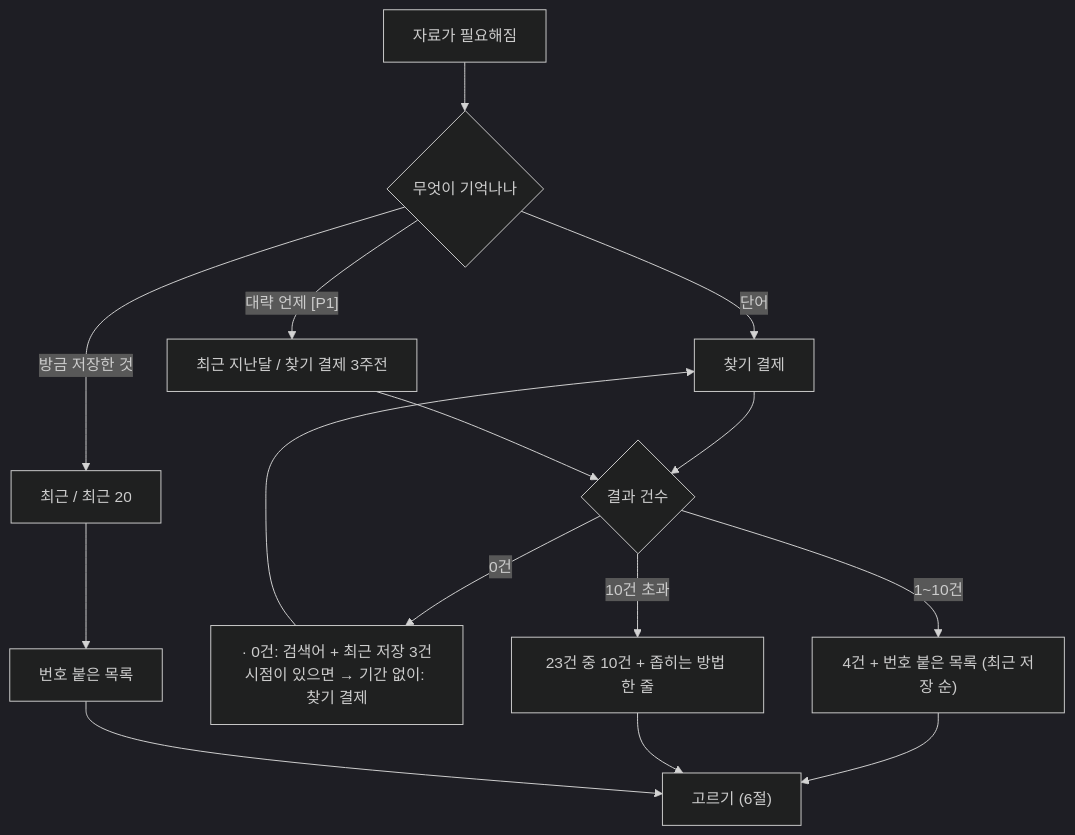
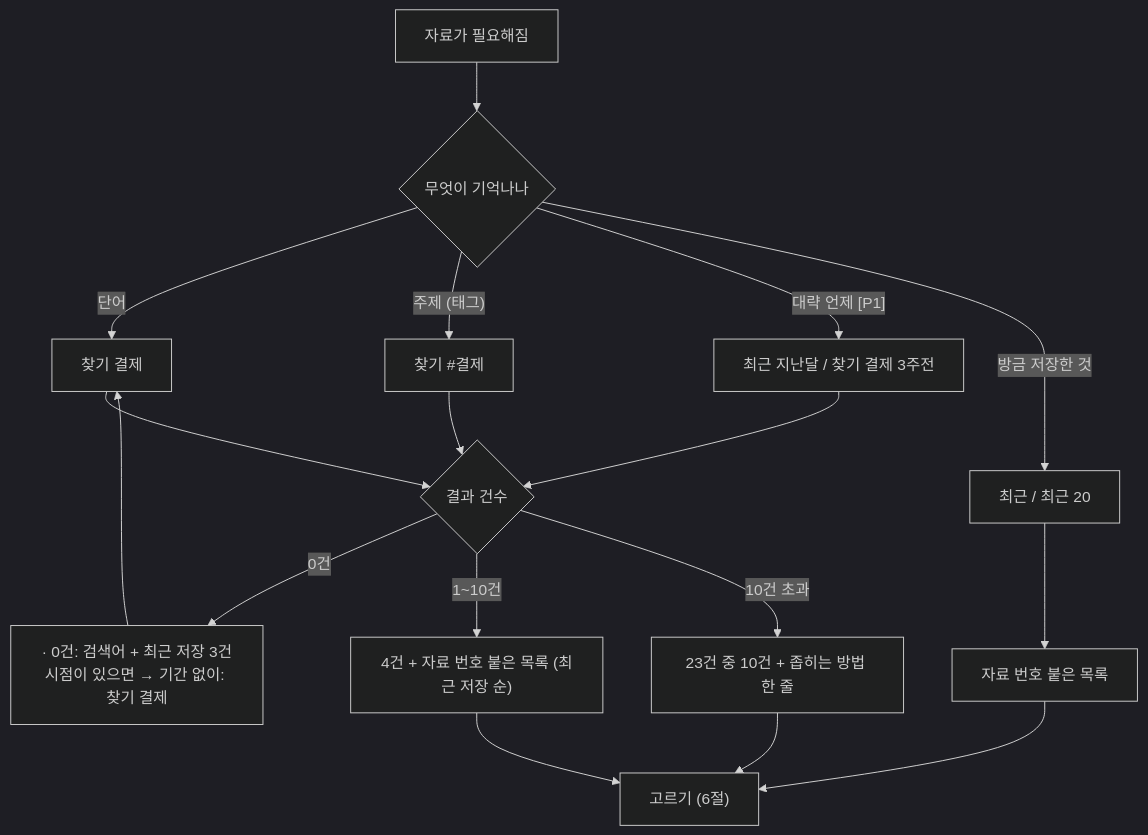
The fifth of 10 diagrams in docs/planning/user-flow.md (delightPIP/grep), drawn with Mermaid (dark theme) before and after one commit. The commit also changed other lines of this file and 4 other files, not shown here.

````diff
--- a/docs/planning/user-flow.md
+++ b/docs/planning/user-flow.md
@@ -134,17 +146,19 @@
 ```mermaid
 flowchart TD
     A["자료가 필요해짐"] --> B{"무엇이 기억나나"}
     B -- "단어" --> C["찾기 결제"]
+    B -- "주제 (태그)" --> T["찾기 #결제"]
+    T --> F
     B -- "대략 언제 [P1]" --> D["최근 지난달 / 찾기 결제 3주전"]
     B -- "방금 저장한 것" --> E["최근 / 최근 20"]
     C --> F{"결과 건수"}
     D --> F
-    E --> G["번호 붙은 목록"]
+    E --> G["자료 번호 붙은 목록"]
     F -- "0건" --> H["· 0건: 검색어 + 최근 저장 3건<br/>시점이 있으면 → 기간 없이: 찾기 결제"]
-    F -- "1~10건" --> I["4건 + 번호 붙은 목록 (최근 저장 순)"]
+    F -- "1~10건" --> I["4건 + 자료 번호 붙은 목록 (최근 저장 순)"]
     F -- "10건 초과" --> J["23건 중 10건 + 좁히는 방법 한 줄"]
     I --> K["고르기 (6절)"]
     J --> K
     G --> K
     H --> C
 ```
````
